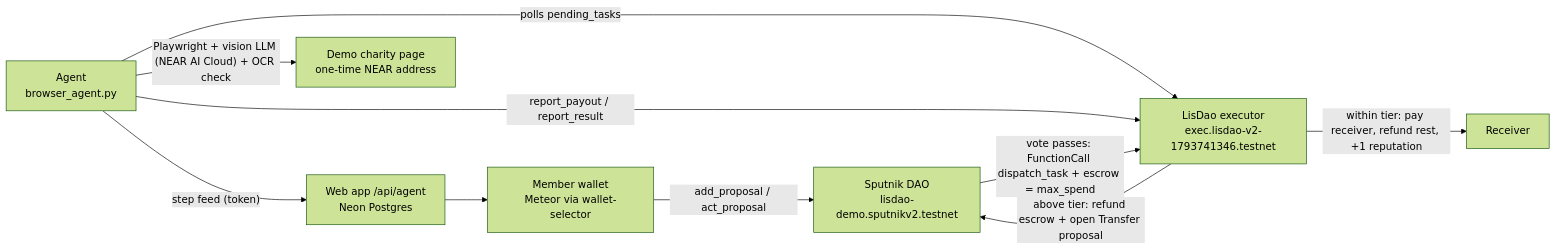
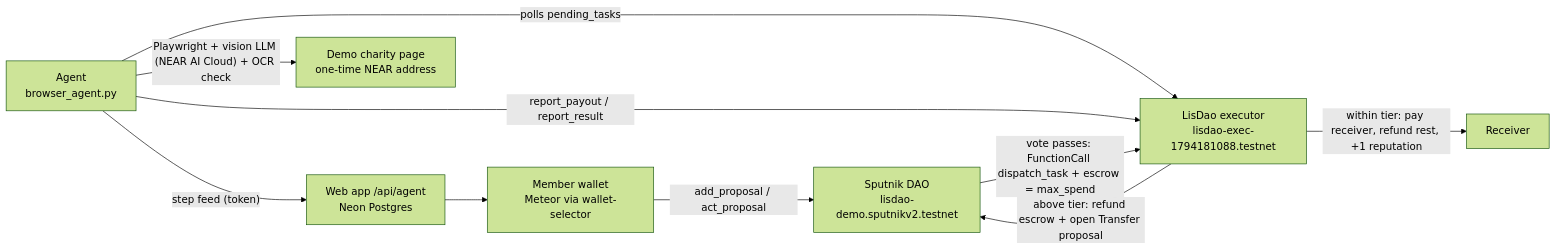
Before and after one commit to kaizen-builds/lisdao: the diagram in README.md, drawn with Mermaid (forest theme). The commit also changed other lines of this file and 9 other files, not shown here.

````diff
--- a/README.md
+++ b/README.md
@@ -34,12 +34,12 @@
 ```mermaid
 flowchart LR
   U[Member wallet<br/>Meteor via wallet-selector] -- add_proposal / act_proposal --> D[Sputnik DAO<br/>lisdao-demo.sputnikv2.testnet]
-  D -- vote passes: FunctionCall dispatch_task + escrow = max_spend --> E[LisDao executor<br/>exec.lisdao-v2-1793741346.testnet]
+  D -- vote passes: FunctionCall dispatch_task + escrow = max_spend --> E[LisDao executor<br/>lisdao-exec-1794181088.testnet]
   A[Agent<br/>browser_agent.py] -- polls pending_tasks --> E
   A -- Playwright + vision LLM (NEAR AI Cloud) + OCR check --> C[Demo charity page<br/>one-time NEAR address]
   A -- report_payout / report_result --> E
   E -- within tier: pay receiver, refund rest, +1 reputation --> R[Receiver]
   E -- above tier: refund escrow + open Transfer proposal --> D
   A -- step feed (token) --> W[Web app /api/agent<br/>Neon Postgres]
   W --> U
 ```
````
